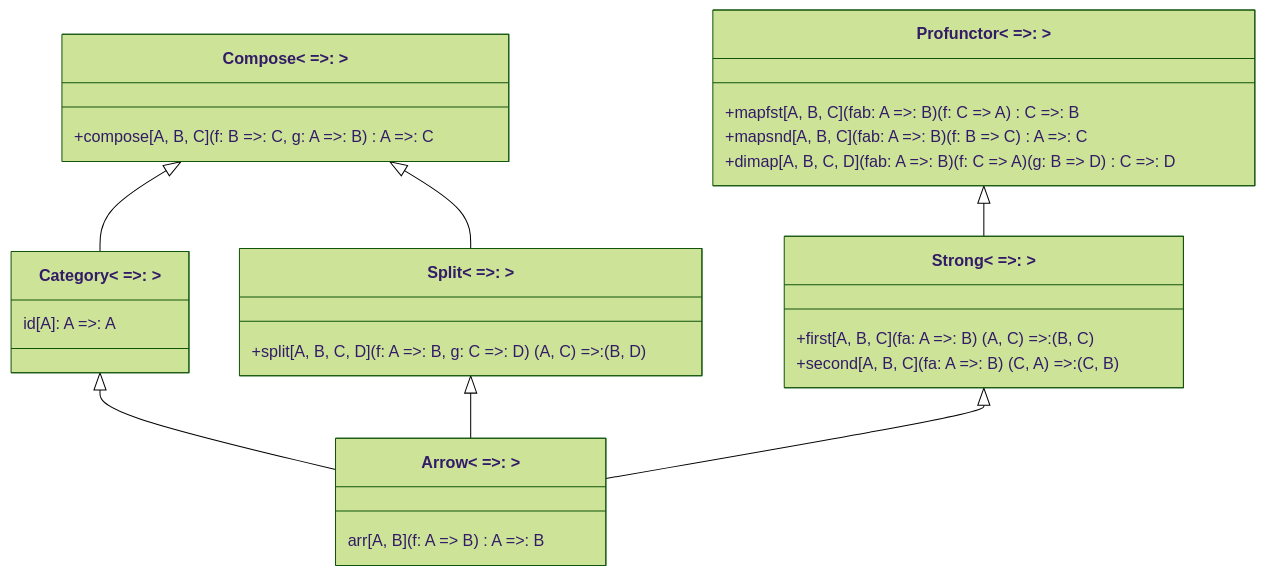
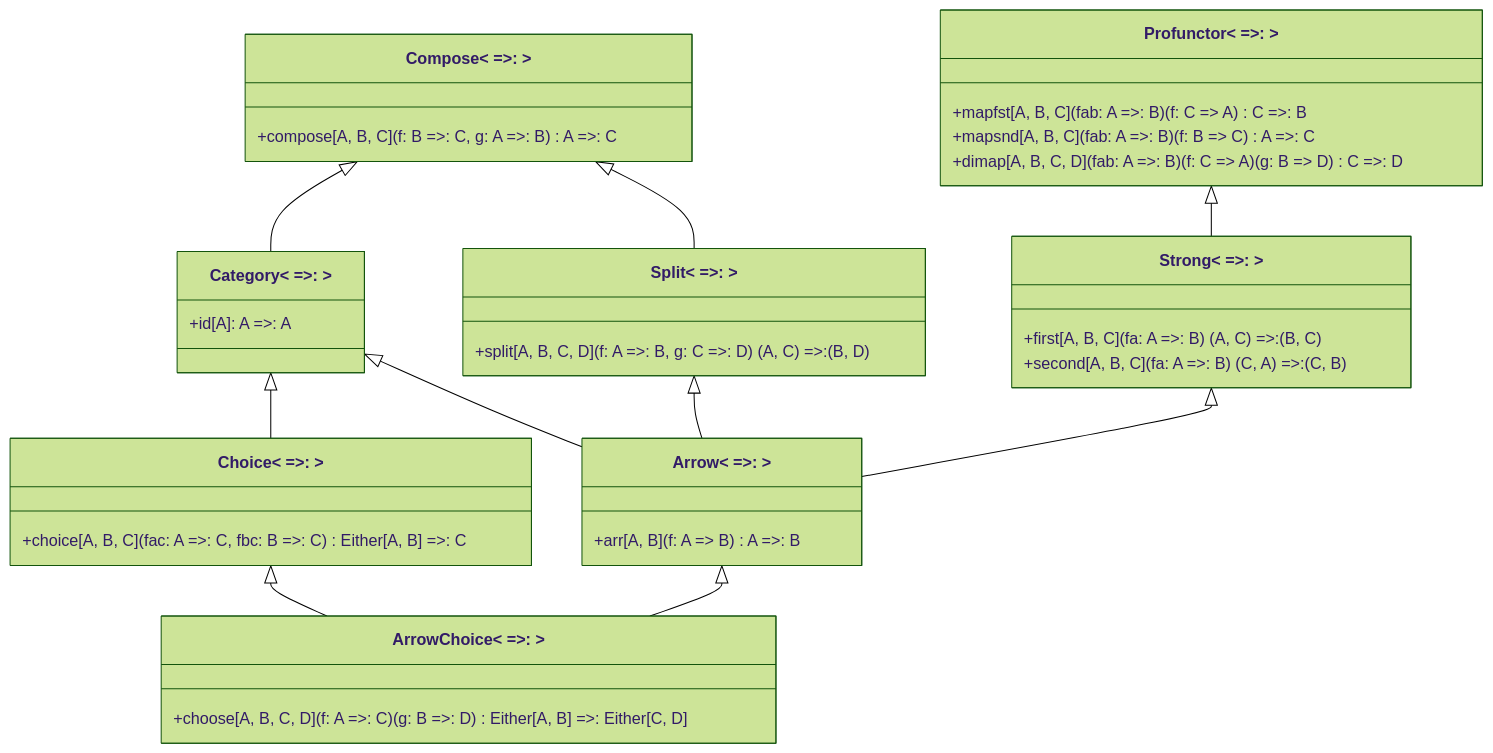
The diagram in docs/typeclass/arrow.md (artemkorsakov/scalabook), drawn with Mermaid (forest theme) before and after one commit. The commit also changed 4 other files, not shown here.

````diff
--- a/docs/typeclass/arrow.md
+++ b/docs/typeclass/arrow.md
@@ -53,30 +53,39 @@
 ```mermaid
 classDiagram
     class Compose~ =>: ~{
         +compose[A, B, C](f: B =>: C, g: A =>: B) A =>: C
     }
     class Category~ =>: ~{
-        id[A]: A =>: A    
+        +id[A]: A =>: A    
     }
     Compose <|-- Category 
     class Split~ =>: ~{
         +split[A, B, C, D](f: A =>: B, g: C =>: D) (A, C) =>: (B, D)   
     }
     Compose <|-- Split 
     class Profunctor~ =>: ~{
         +mapfst[A, B, C](fab: A =>: B)(f: C => A) C =>: B
         +mapsnd[A, B, C](fab: A =>: B)(f: B => C) A =>: C
         +dimap[A, B, C, D](fab: A =>: B)(f: C => A)(g: B => D) C =>: D
     }
     class Strong~ =>: ~{
         +first[A, B, C](fa: A =>: B) (A, C) =>: (B, C)
         +second[A, B, C](fa: A =>: B) (C, A) =>: (C, B)
     }
     Profunctor <|-- Strong 
     class Arrow~ =>: ~{
-        arr[A, B](f: A => B) A =>: B
+        +arr[A, B](f: A => B) A =>: B
     }
     Category <|-- Arrow 
     Split <|-- Arrow
     Strong <|-- Arrow
+    class Choice~ =>: ~{
+        +choice[A, B, C](fac: A =>: C, fbc: B =>: C) Either[A, B] =>: C
+    }
+    Category <|-- Choice
+    class ArrowChoice~ =>: ~{
+        +choose[A, B, C, D](f: A =>: C)(g: B =>: D) Either[A, B] =>: Either[C, D]
+    }
+    Choice <|-- ArrowChoice
+    Arrow <|-- ArrowChoice
 ```
````
